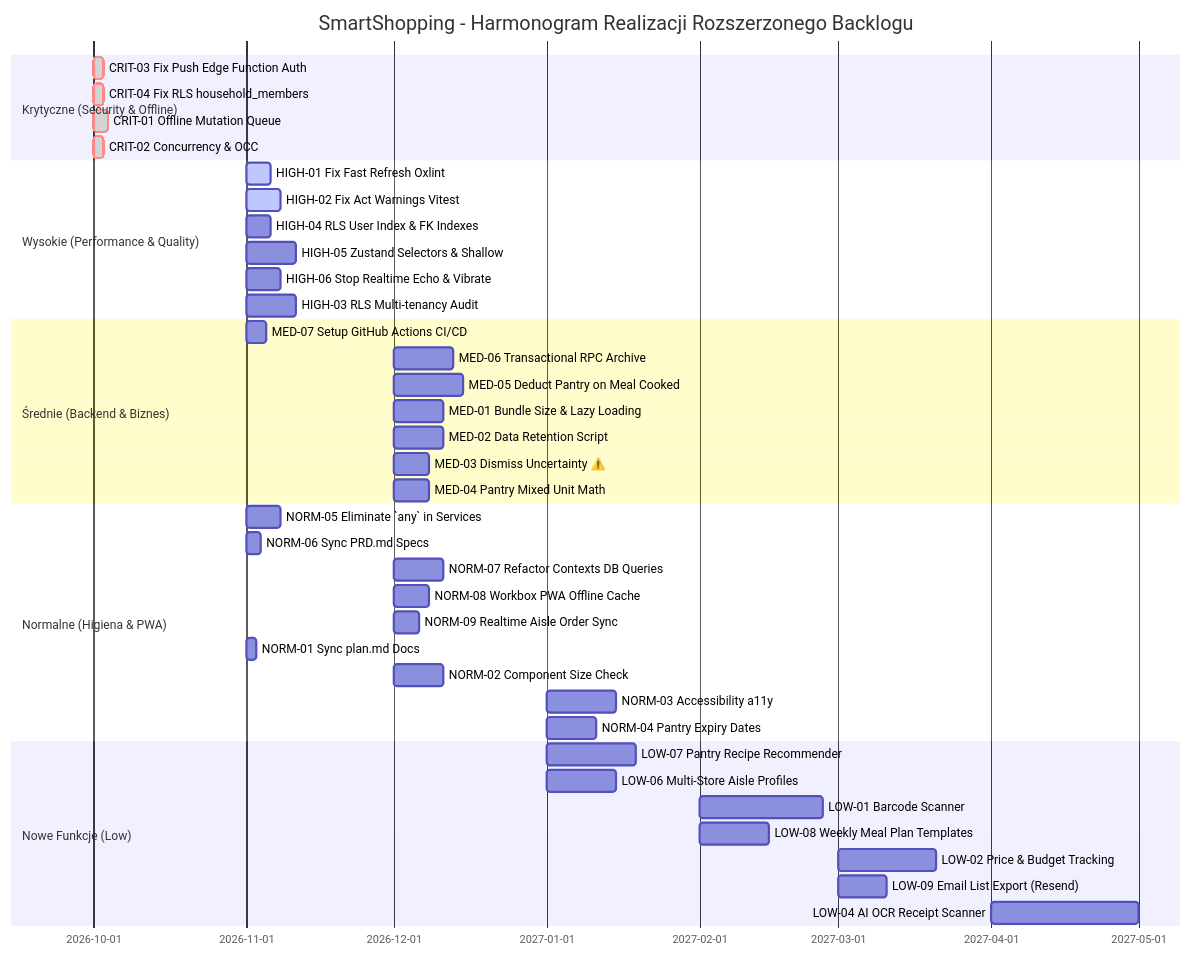
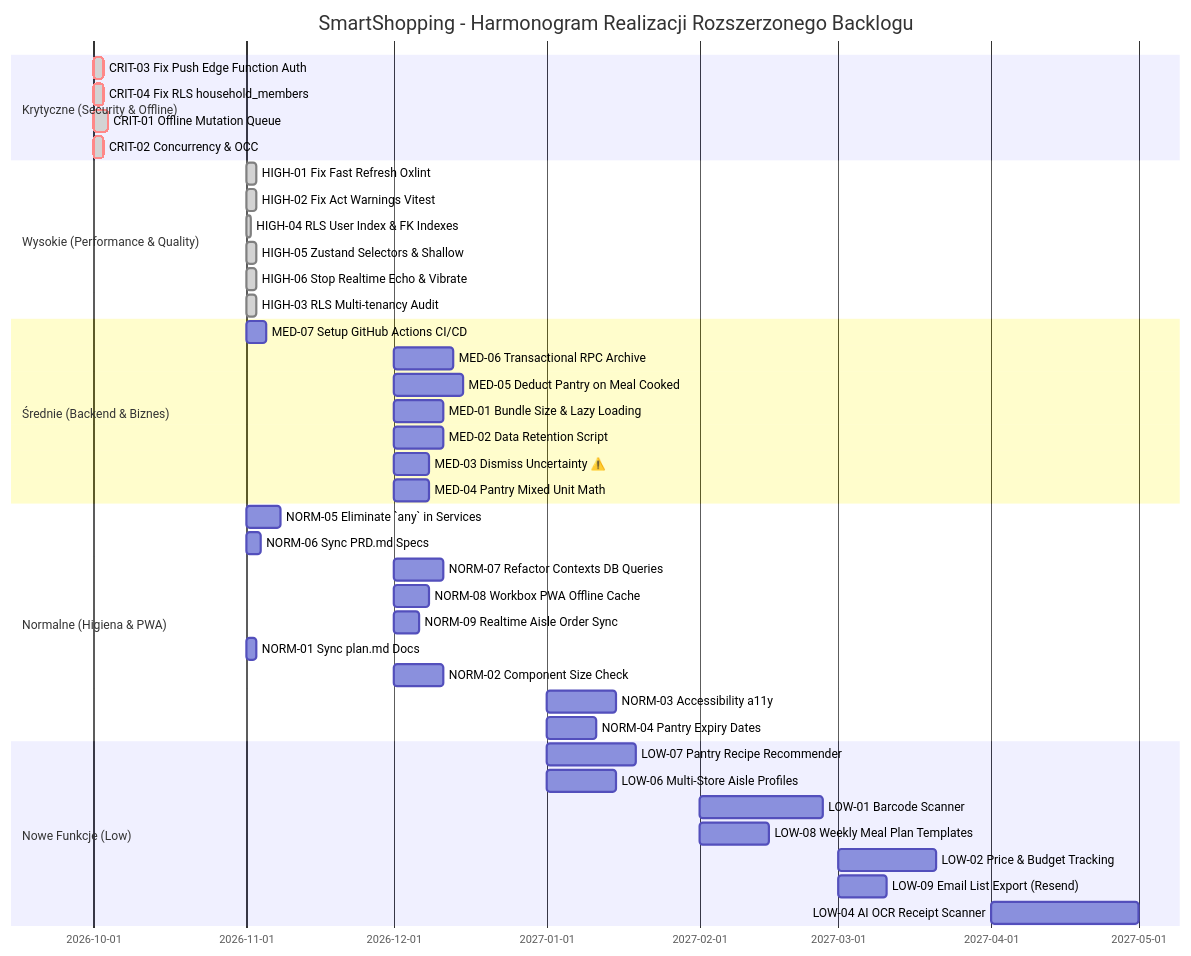
One commit to dobrybajer/SmartShopping changed the diagram in docs/Roadmap.md. Above: the diagram before and after it, drawn with Mermaid. The commit also changed other lines of this file and 80 other files, not shown here.

Commit message:
roadmap: 6 high issues fixed

````diff
--- a/docs/Roadmap.md
+++ b/docs/Roadmap.md
@@ -557,43 +542,43 @@
 ```mermaid
 gantt
     title SmartShopping - Harmonogram Realizacji Rozszerzonego Backlogu
     dateFormat  YYYY-MM
     section Krytyczne (Security & Offline)
     CRIT-03 Fix Push Edge Function Auth :crit, done, 2026-10, 2d
     CRIT-04 Fix RLS household_members    :crit, done, 2026-10, 2d
     CRIT-01 Offline Mutation Queue       :crit, done, 2026-10, 3d
     CRIT-02 Concurrency & OCC            :crit, done, 2026-10, 2d
     section Wysokie (Performance & Quality)
-    HIGH-01 Fix Fast Refresh Oxlint     :active, 2026-11, 5d
-    HIGH-02 Fix Act Warnings Vitest      :active, 2026-11, 7d
-    HIGH-04 RLS User Index & FK Indexes  :2026-11, 5d
-    HIGH-05 Zustand Selectors & Shallow  :2026-11, 10d
-    HIGH-06 Stop Realtime Echo & Vibrate :2026-11, 7d
-    HIGH-03 RLS Multi-tenancy Audit      :2026-11, 10d
+    HIGH-01 Fix Fast Refresh Oxlint     :done, 2026-11, 2d
+    HIGH-02 Fix Act Warnings Vitest      :done, 2026-11, 2d
+    HIGH-04 RLS User Index & FK Indexes  :done, 2026-11, 1d
+    HIGH-05 Zustand Selectors & Shallow  :done, 2026-11, 2d
+    HIGH-06 Stop Realtime Echo & Vibrate :done, 2026-11, 2d
+    HIGH-03 RLS Multi-tenancy Audit      :done, 2026-11, 2d
     section Średnie (Backend & Biznes)
     MED-07 Setup GitHub Actions CI/CD    :2026-11, 4d
     MED-06 Transactional RPC Archive     :2026-12, 12d
     MED-05 Deduct Pantry on Meal Cooked  :2026-12, 14d
     MED-01 Bundle Size & Lazy Loading    :2026-12, 10d
     MED-02 Data Retention Script         :2026-12, 10d
     MED-03 Dismiss Uncertainty ⚠️        :2026-12, 7d
     MED-04 Pantry Mixed Unit Math        :2026-12, 7d
     section Normalne (Higiena & PWA)
     NORM-05 Eliminate `any` in Services  :2026-11, 7d
     NORM-06 Sync PRD.md Specs            :2026-11, 3d
     NORM-07 Refactor Contexts DB Queries :2026-12, 10d
     NORM-08 Workbox PWA Offline Cache    :2026-12, 7d
     NORM-09 Realtime Aisle Order Sync    :2026-12, 5d
     NORM-01 Sync plan.md Docs            :2026-11, 2d
     NORM-02 Component Size Check         :2026-12, 10d
     NORM-03 Accessibility a11y           :2027-01, 14d
     NORM-04 Pantry Expiry Dates          :2027-01, 10d
     section Nowe Funkcje (Low)
     LOW-07 Pantry Recipe Recommender     :2027-01, 18d
     LOW-06 Multi-Store Aisle Profiles    :2027-01, 14d
     LOW-01 Barcode Scanner               :2027-02, 25d
     LOW-08 Weekly Meal Plan Templates    :2027-02, 14d
     LOW-02 Price & Budget Tracking       :2027-03, 20d
     LOW-09 Email List Export (Resend)    :2027-03, 10d
     LOW-04 AI OCR Receipt Scanner        :2027-04, 30d
 ```
````
